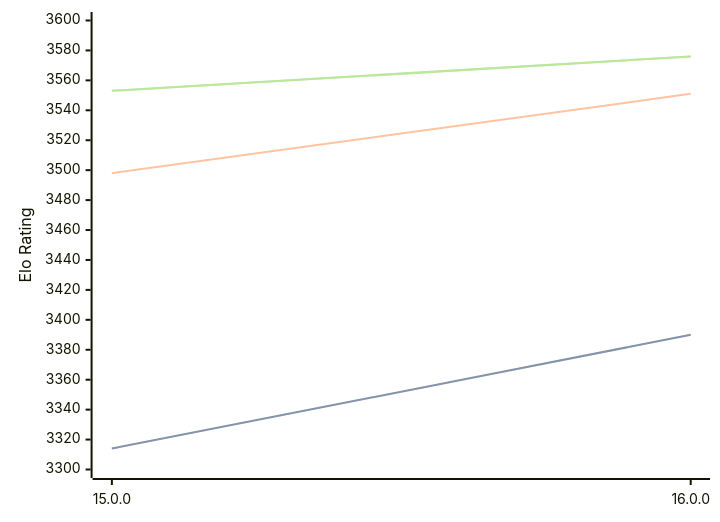
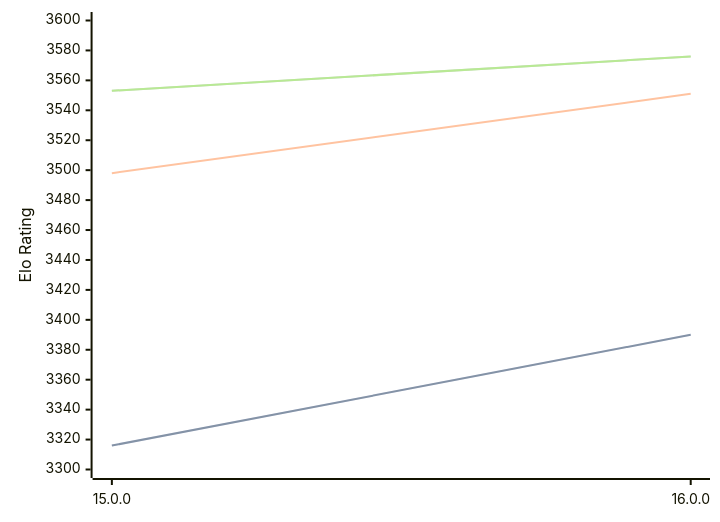
One commit to computer-chess-index/cci changed the diagram in engines/Halogen.md. Above: the diagram before and after it, drawn with Mermaid. The commit also changed other lines of this file, not shown here.

````diff
--- a/engines/Halogen.md
+++ b/engines/Halogen.md
@@ -50,11 +50,11 @@
 ```mermaid
 %%{init: {"theme":"base","themeVariables":{"seriesColors:['#a3a3a3','#222221','#faa371']}}}%%
 xychart-beta
   x-axis ["15.0.0", "16.0.0"]
   y-axis "Elo Rating" 3300 --> 3600
-  line "STC (8.0+0.08s)" [3314, 3390]
-  line "STC (8.0+0.08s)" [3314, 3390]
+  line "STC (8.0+0.08s)" [3316, 3390]
+  line "STC (8.0+0.08s)" [3316, 3390]
   line "LTC (60.0+0.60s)" [3498, 3551]
   line "VLTC (2m24s+1.12s)" [3553, 3576]
   line "VLTC (2m24s+1.12s)" [3553, 3576]
 ```
````
